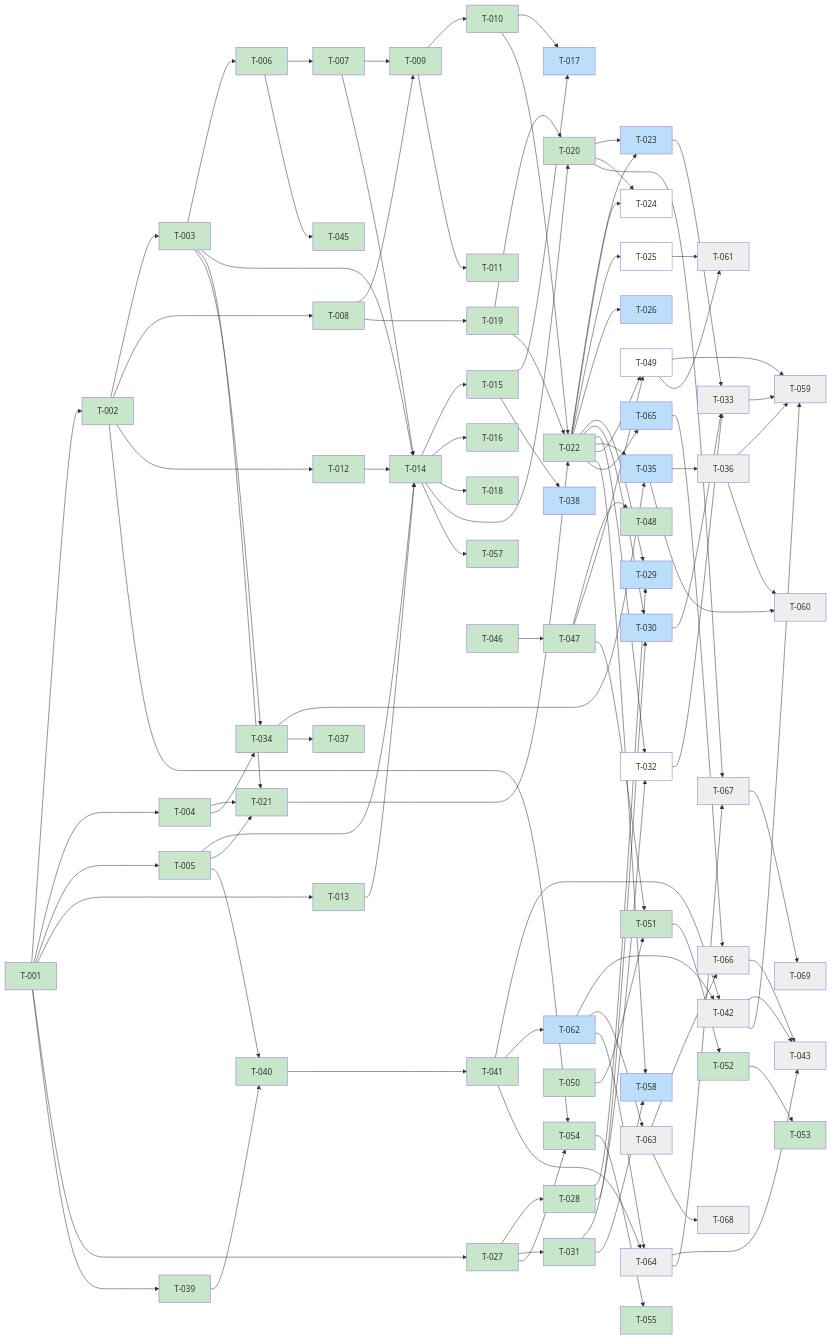
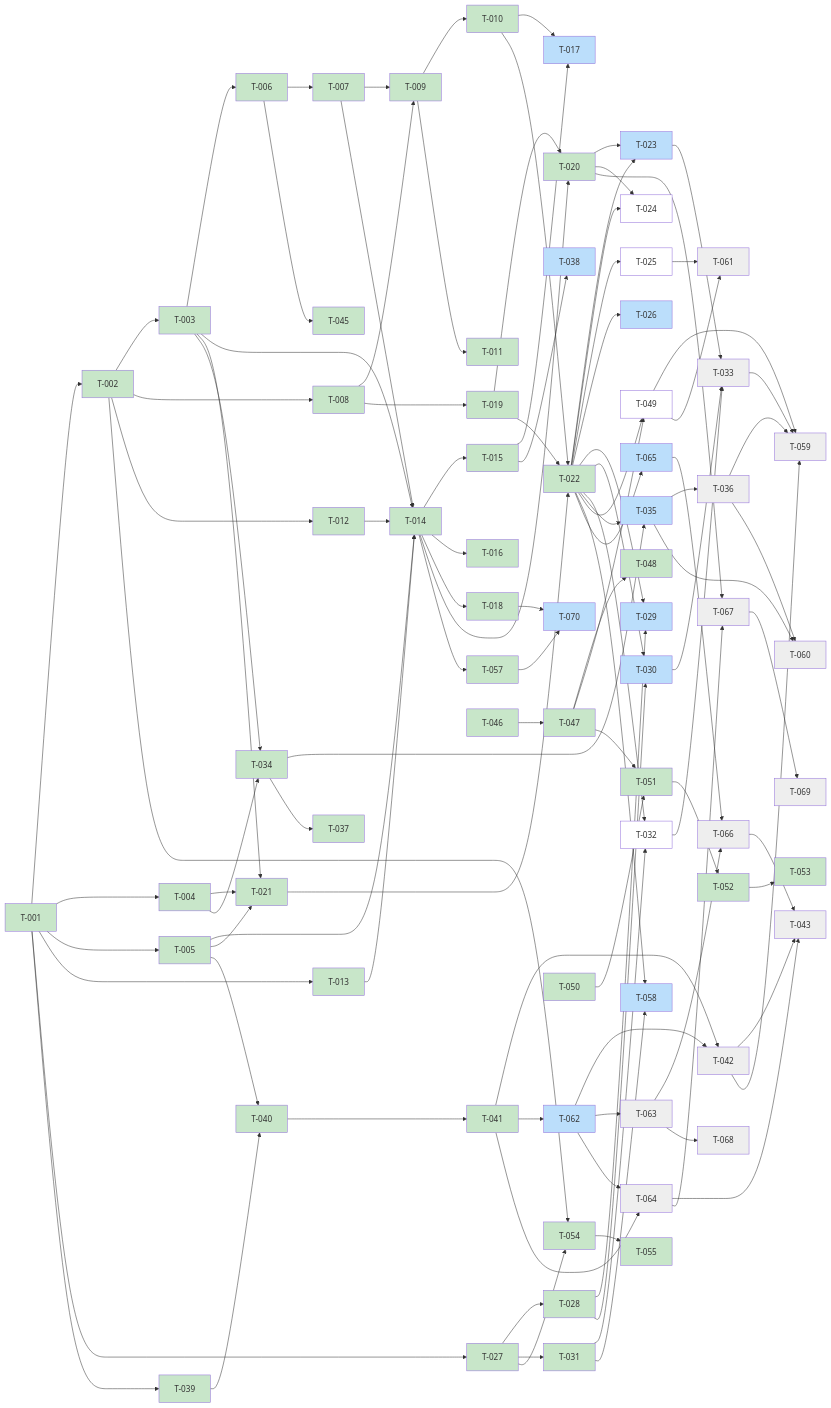
Before and after one commit to scholtz/biatec-chat: the diagram in kanban/BOARD.md, drawn with Mermaid. The commit also changed other lines of this file and 1 other file, not shown here.

Commit message:
kanban: create and claim T-070 (count budget-breaker refusals)

````diff
--- a/kanban/BOARD.md
+++ b/kanban/BOARD.md
@@ -205,13 +206,15 @@
   T064[T-064] --> T067[T-067]
   T063[T-063] --> T068[T-068]
   T067[T-067] --> T069[T-069]
+  T018[T-018] --> T070[T-070]
+  T057[T-057] --> T070[T-070]
   classDef done fill:#c8e6c9
   classDef review fill:#fff9c4
   classDef inprogress fill:#bbdefb
   classDef backlog fill:#ffffff
   classDef blocked fill:#eeeeee
   class T001,T002,T003,T004,T005,T006,T007,T008,T009,T010,T011,T012,T013,T014,T015,T016,T018,T019,T020,T021,T022,T027,T028,T031,T034,T037,T039,T040,T041,T044,T045,T046,T047,T048,T050,T051,T052,T053,T054,T055,T056,T057 done
-  class T023,T017,T029,T030,T035,T038,T062,T026,T065,T058 inprogress
+  class T023,T017,T029,T030,T035,T038,T062,T026,T065,T058,T070 inprogress
   class T024,T032,T049,T025 backlog
   class T042,T033,T036,T059,T063,T064,T043,T066,T068,T060,T061,T067,T069 blocked
 ```
````
